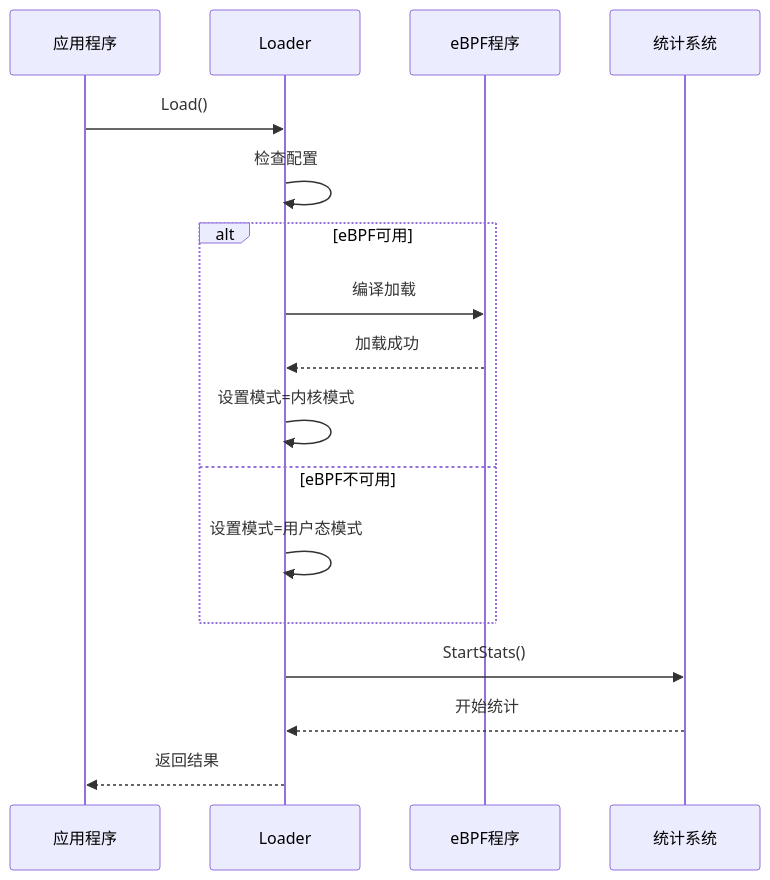
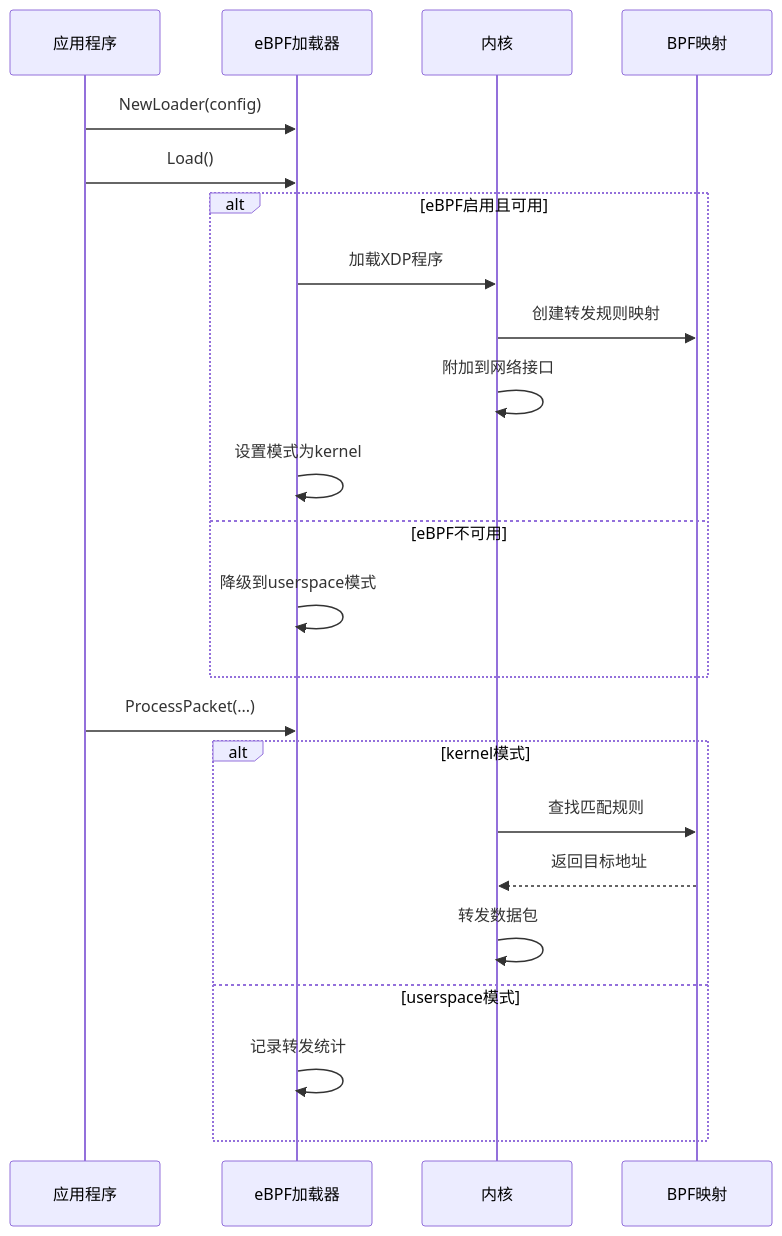
The fourth of 8 diagrams in .qoder/repowiki/zh/content/服务端架构/eBPF包转发系统.md (itsharex/NexTunnel), drawn with Mermaid before and after one commit. The commit also changed other lines of this file and 48 other files, not shown here.

````diff
--- a/.qoder/repowiki/zh/content/服务端架构/eBPF包转发系统.md
+++ b/.qoder/repowiki/zh/content/服务端架构/eBPF包转发系统.md
@@ -246,19 +227,25 @@
 ```mermaid
 sequenceDiagram
-participant APP as 应用程序
-participant LOADER as Loader
-participant EBPF as eBPF程序
-participant STATS as 统计系统
-APP->>LOADER : Load()
-LOADER->>LOADER : 检查配置
-alt eBPF可用
-LOADER->>EBPF : 编译加载
-EBPF-->>LOADER : 加载成功
-LOADER->>LOADER : 设置模式=内核模式
+participant App as 应用程序
+participant Loader as eBPF加载器
+participant Kernel as 内核
+participant BPF as BPF映射
+App->>Loader : NewLoader(config)
+App->>Loader : Load()
+alt eBPF启用且可用
+Loader->>Kernel : 加载XDP程序
+Kernel->>BPF : 创建转发规则映射
+Kernel->>Kernel : 附加到网络接口
+Loader->>Loader : 设置模式为kernel
 else eBPF不可用
-LOADER->>LOADER : 设置模式=用户态模式
+Loader->>Loader : 降级到userspace模式
 end
-LOADER->>STATS : StartStats()
-STATS-->>LOADER : 开始统计
-LOADER-->>APP : 返回结果
+App->>Loader : ProcessPacket(...)
+alt kernel模式
+Kernel->>BPF : 查找匹配规则
+BPF-->>Kernel : 返回目标地址
+Kernel->>Kernel : 转发数据包
+else userspace模式
+Loader->>Loader : 记录转发统计
+end
 ```
````
